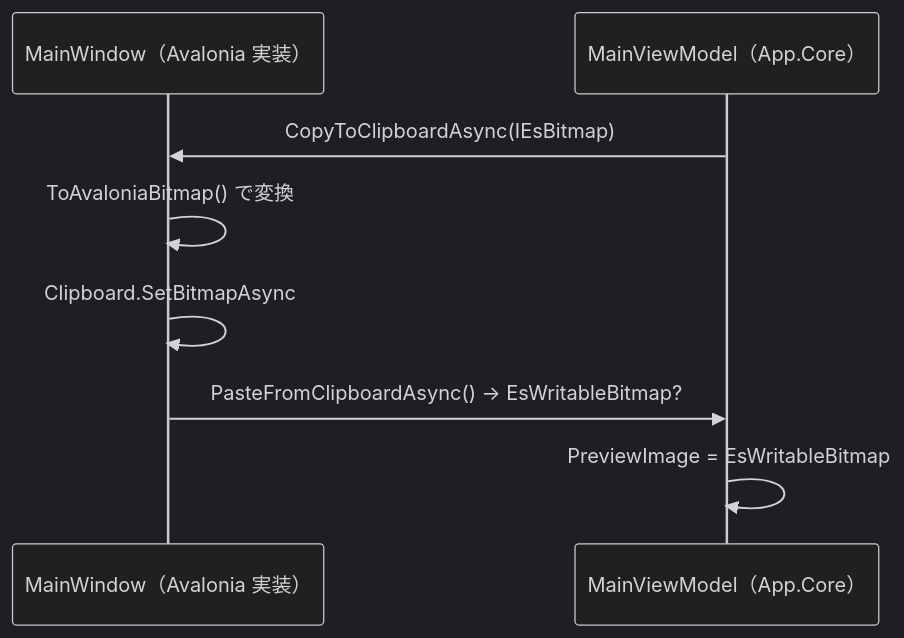
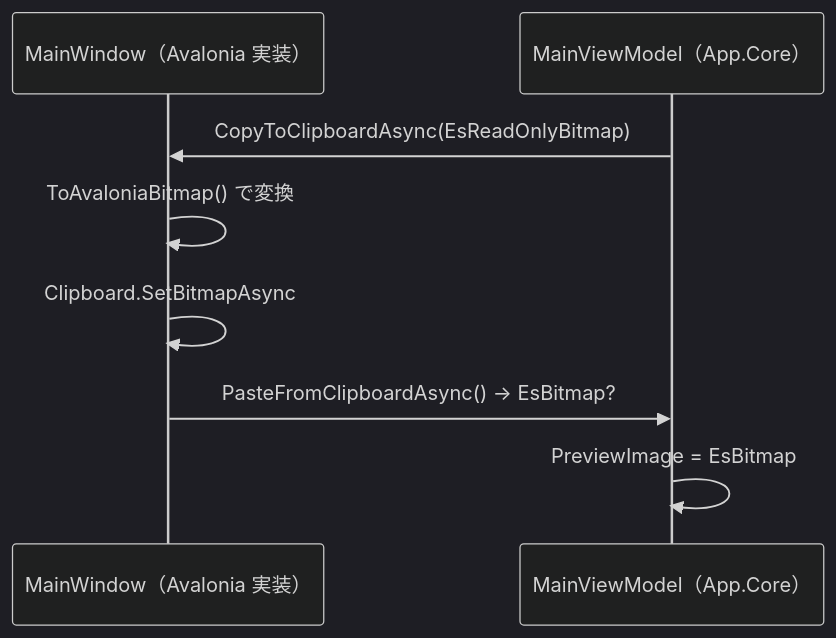
Before and after one commit to tomokuni/SaveEvidence: the second of 2 diagrams in src/App.Core/docs/SPEC_System.md, drawn with Mermaid (dark theme). The commit also changed other lines of this file and 41 other files, not shown here.

````diff
--- a/src/App.Core/docs/SPEC_System.md
+++ b/src/App.Core/docs/SPEC_System.md
@@ -68,10 +68,10 @@
 ```mermaid
 sequenceDiagram
   participant UI as MainWindow（Avalonia 実装）
   participant VM as MainViewModel（App.Core）
-  VM->>UI: CopyToClipboardAsync(IEsBitmap)
+  VM->>UI: CopyToClipboardAsync(EsReadOnlyBitmap)
   UI->>UI: ToAvaloniaBitmap() で変換
   UI->>UI: Clipboard.SetBitmapAsync
-  UI->>VM: PasteFromClipboardAsync() → EsWritableBitmap?
-  VM->>VM: PreviewImage = EsWritableBitmap
+  UI->>VM: PasteFromClipboardAsync() → EsBitmap?
+  VM->>VM: PreviewImage = EsBitmap
 ```
````
